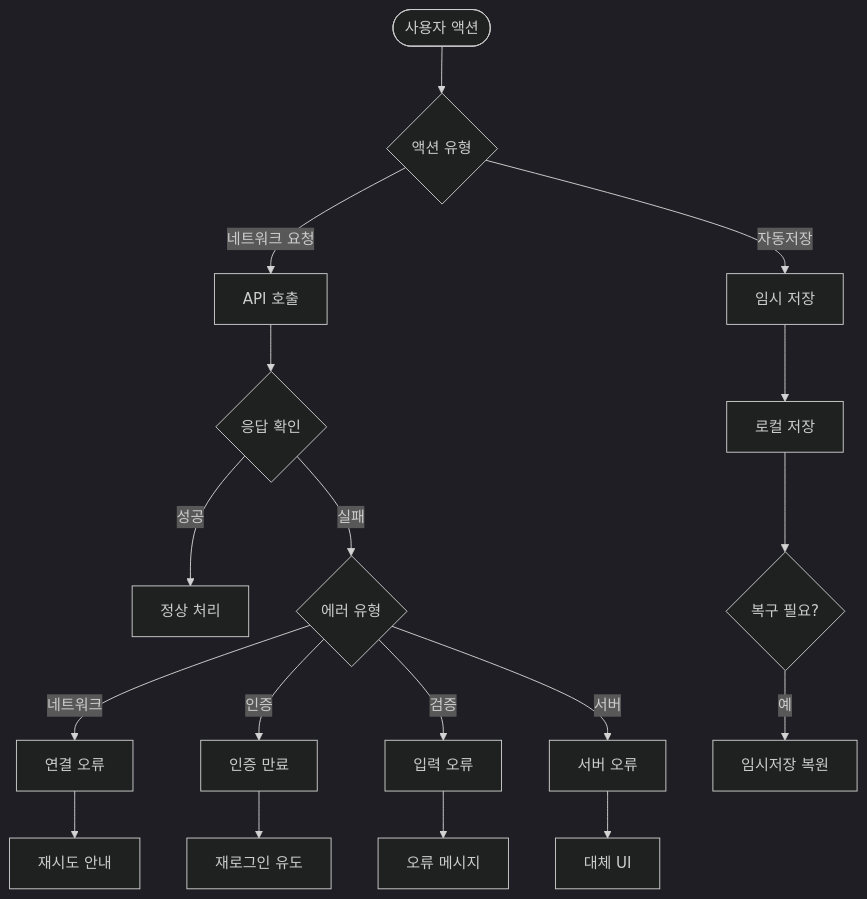
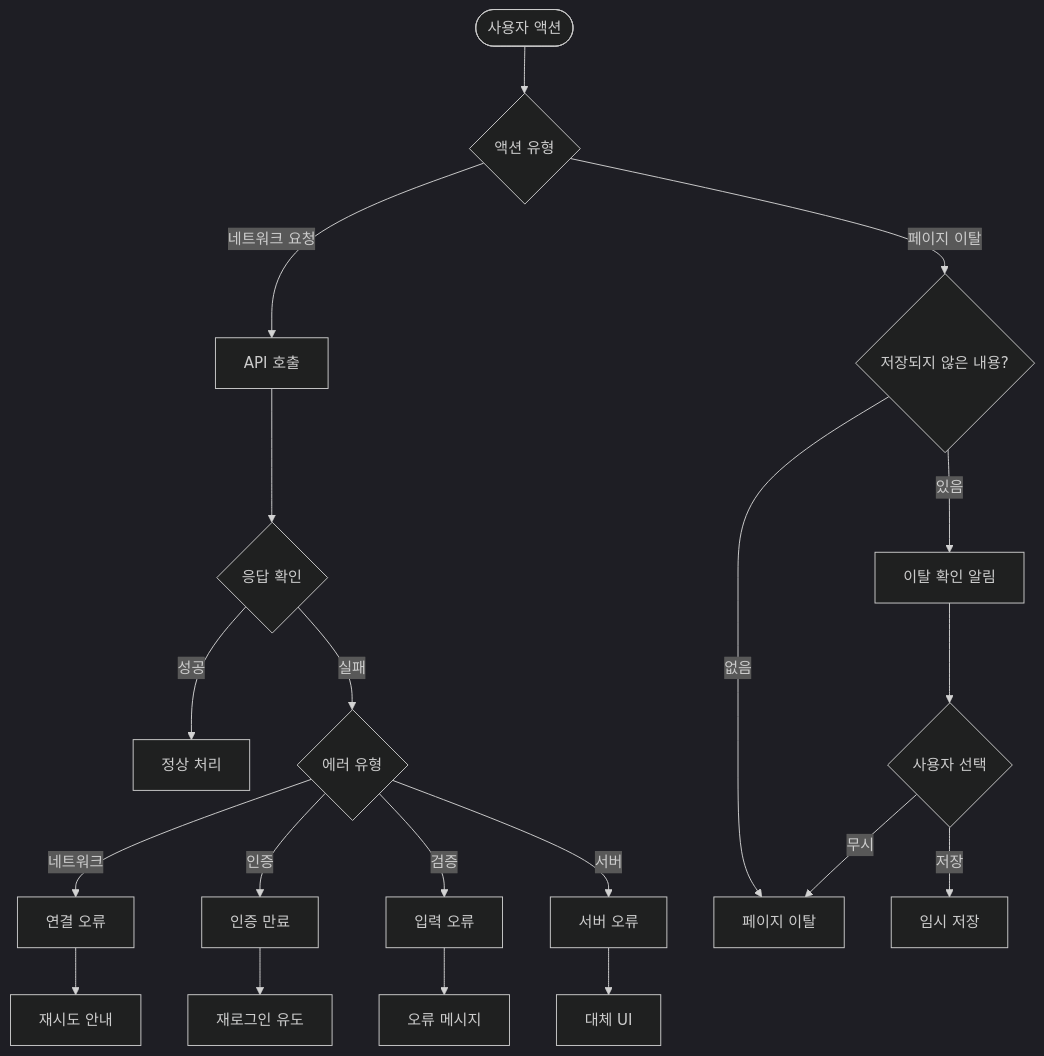
Before and after one commit to zerodice0/readzone: the ninth of 9 diagrams in docs/user-flows.md, drawn with Mermaid (dark theme). The commit also changed other lines of this file and 23 other files, not shown here.

Commit message:
docs: update prd and user-flow.

````diff
--- a/docs/user-flows.md
+++ b/docs/user-flows.md
@@ -225,25 +519,27 @@
 ```mermaid
 flowchart TD
     Start([사용자 액션]) --> Action{액션 유형}
     
     Action -->|네트워크 요청| NetworkRequest[API 호출]
     NetworkRequest --> CheckResponse{응답 확인}
     
     CheckResponse -->|성공| Success[정상 처리]
     CheckResponse -->|실패| ErrorType{에러 유형}
     
     ErrorType -->|네트워크| NetworkError[연결 오류]
     ErrorType -->|인증| AuthError[인증 만료]
     ErrorType -->|검증| ValidationError[입력 오류]
     ErrorType -->|서버| ServerError[서버 오류]
     
     NetworkError --> RetryPrompt[재시도 안내]
     AuthError --> ReLogin[재로그인 유도]
     ValidationError --> ShowMessage[오류 메시지]
     ServerError --> FallbackUI[대체 UI]
     
-    Action -->|자동저장| AutoSave[임시 저장]
-    AutoSave --> SaveLocal[로컬 저장]
-    SaveLocal --> Recovery{복구 필요?}
-    Recovery -->|예| RestoreDraft[임시저장 복원]
+    Action -->|페이지 이탈| CheckUnsaved{저장되지 않은 내용?}
+    CheckUnsaved -->|있음| ConfirmLeave[이탈 확인 알림]
+    CheckUnsaved -->|없음| ProceedLeave[페이지 이탈]
+    ConfirmLeave --> UserChoice{사용자 선택}
+    UserChoice -->|저장| SaveDraft[임시 저장]
+    UserChoice -->|무시| ProceedLeave
 ```
````
